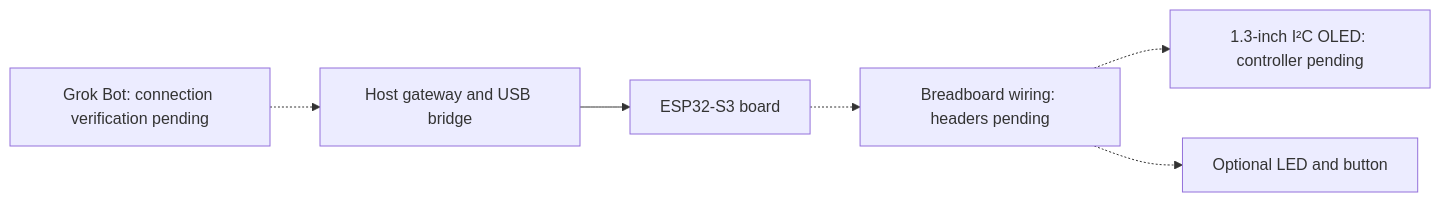
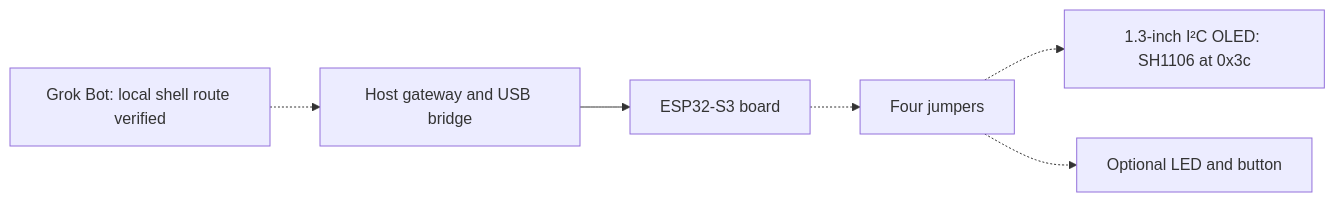
One commit to adidshaft/grok-gadgets changed the first of 2 diagrams in docs/getting-started/experiment-kit.md. Above: the diagram before and after it, drawn with Mermaid. The commit also changed other lines of this file and 8 other files, not shown here.

````diff
--- a/docs/getting-started/experiment-kit.md
+++ b/docs/getting-started/experiment-kit.md
@@ -33,8 +34,8 @@
 ```mermaid
 flowchart LR
-    G["Grok Bot: connection verification pending"] -.-> H["Host gateway and USB bridge"]
+    G["Grok Bot: local shell route verified"] -.-> H["Host gateway and USB bridge"]
     H --> B["ESP32-S3 board"]
-    B -.-> W["Breadboard wiring: headers pending"]
-    W -.-> O["1.3-inch I²C OLED: controller pending"]
+    B -.-> W["Four jumpers"]
+    W -.-> O["1.3-inch I²C OLED: SH1106 at 0x3c"]
     W -.-> I["Optional LED and button"]
 ```
````
